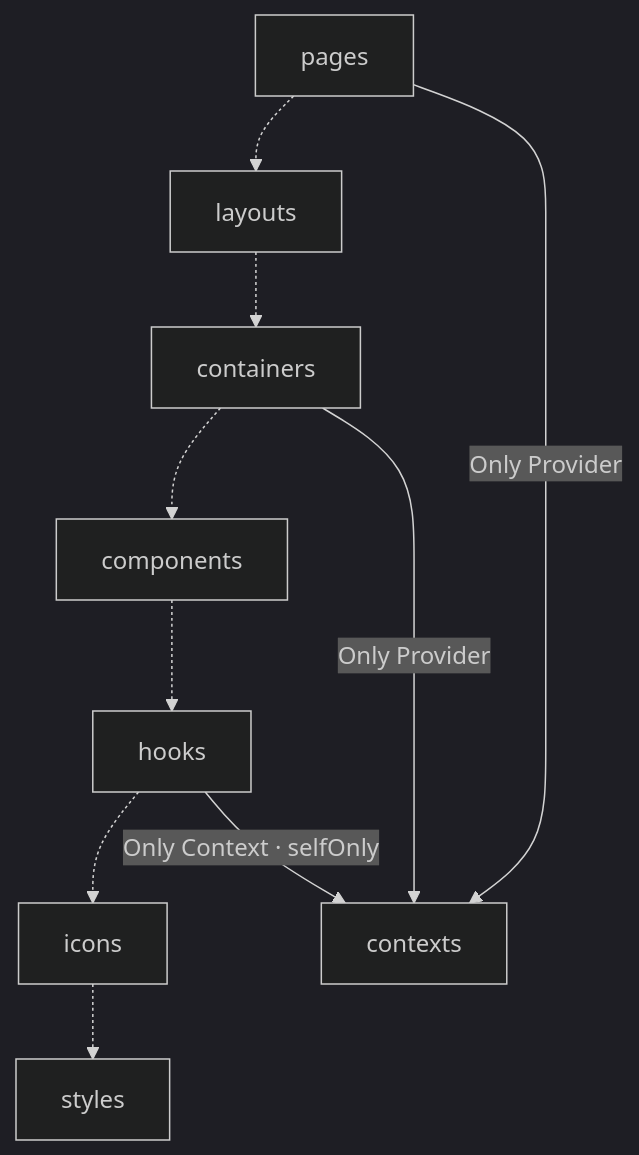
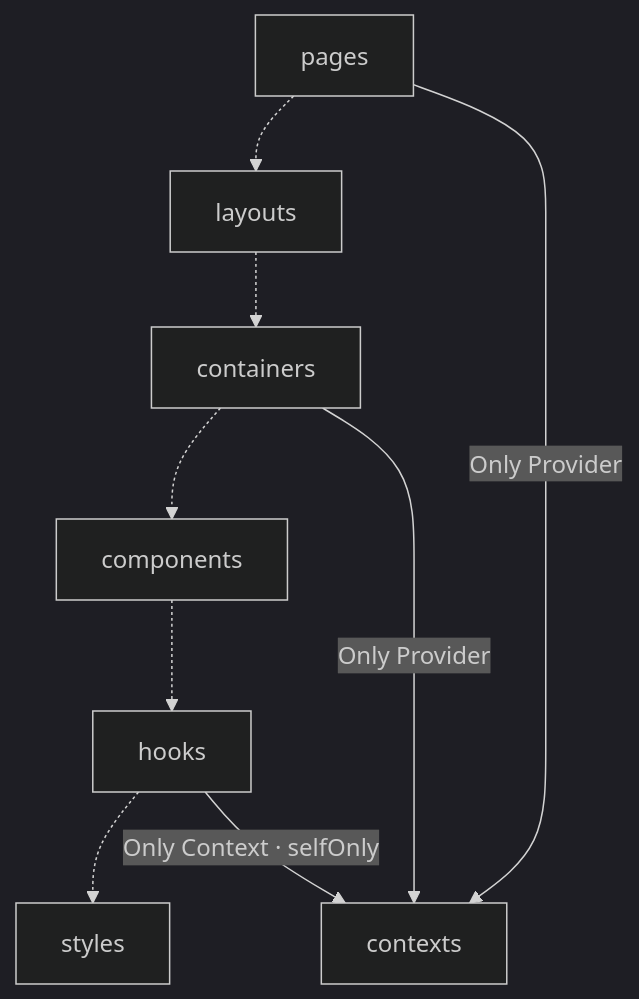
Before and after one commit to taco3064/cards: the diagram in docs/architecture-handbook.md, drawn with Mermaid (dark theme). The commit also changed other lines of this file and 21 other files, not shown here.

````diff
--- a/docs/architecture-handbook.md
+++ b/docs/architecture-handbook.md
@@ -9,12 +9,11 @@
 ```mermaid
 flowchart TD
   pages -.-> layouts
   layouts -.-> containers
   containers -.-> components
   components -.-> hooks
-  hooks -.-> icons
-  icons -.-> styles
+  hooks -.-> styles
   pages -->|Only Provider| contexts
   containers -->|Only Provider| contexts
   hooks -->|Only Context · selfOnly| contexts
 ```
````
